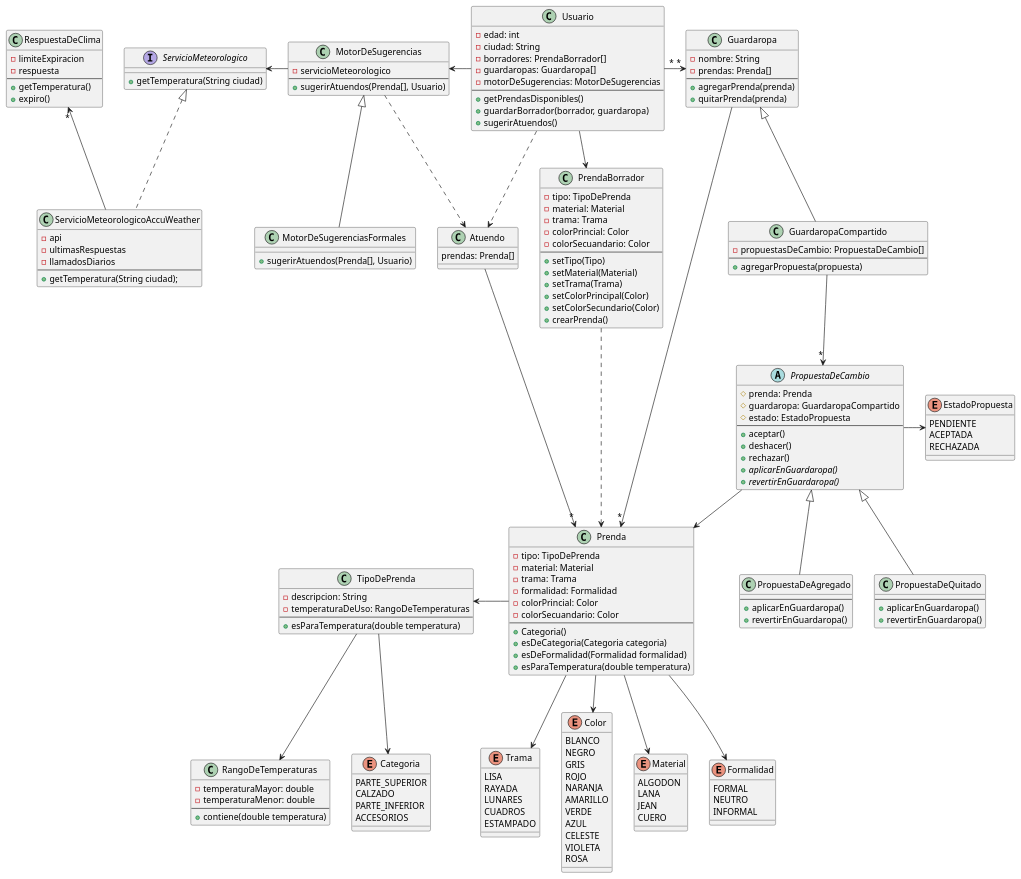
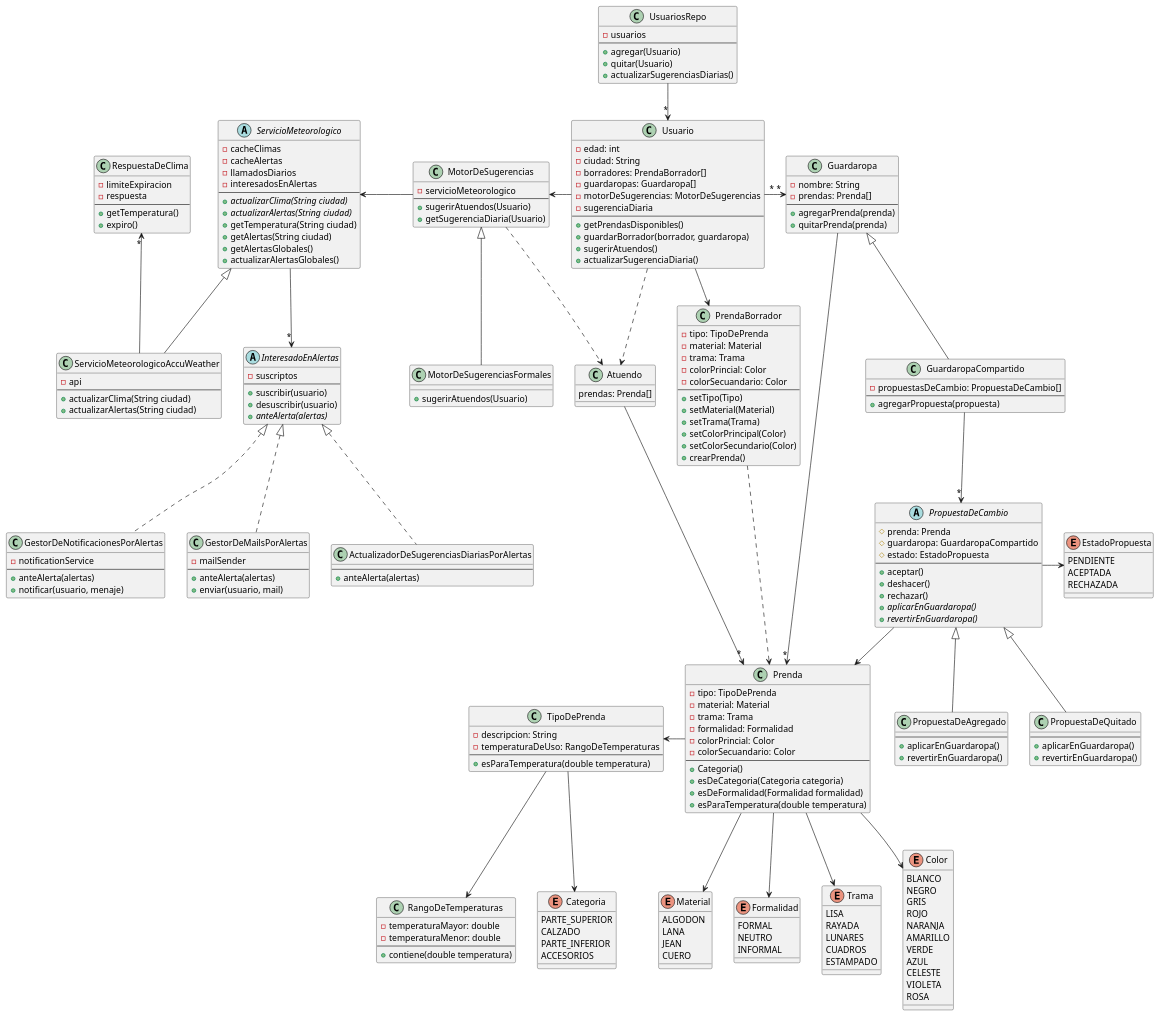
One commit to lrizzitano/tp-que-me-pongo changed the diagram in src/Diagrama-Entidades.puml. Above: the diagram before and after it, drawn with PlantUML. The commit also changed 17 other files, not shown here.

```diff
--- a/src/Diagrama-Entidades.puml
+++ b/src/Diagrama-Entidades.puml
@@ -6,10 +6,12 @@
     - borradores: PrendaBorrador[]
     - guardaropas: Guardaropa[]
     - motorDeSugerencias: MotorDeSugerencias
+    - sugerenciaDiaria
     --
     + getPrendasDisponibles()
     + guardarBorrador(borrador, guardaropa)
     + sugerirAtuendos()
+    + actualizarSugerenciaDiaria()
 }
 
 class Guardaropa {
@@ -93,11 +95,20 @@
 class MotorDeSugerencias {
     - servicioMeteorologico
     --
-    + sugerirAtuendos(Prenda[], Usuario)
+    + sugerirAtuendos(Usuario)
+    + getSugerenciaDiaria(Usuario)
 }
 
 class MotorDeSugerenciasFormales {
-    + sugerirAtuendos(Prenda[], Usuario)
+    + sugerirAtuendos(Usuario)
+}
+
+class UsuariosRepo {
+    - usuarios
+    --
+    + agregar(Usuario)
+    + quitar(Usuario)
+    + actualizarSugerenciasDiarias()
 }
 
 class RangoDeTemperaturas {
@@ -107,16 +118,53 @@
     + contiene(double temperatura)
 }
 
-interface ServicioMeteorologico {
+abstract class ServicioMeteorologico {
+    - cacheClimas
+    - cacheAlertas
+    - llamadosDiarios
+    - interesadosEnAlertas
+    --
+    + {abstract} actualizarClima(String ciudad)
+    + {abstract} actualizarAlertas(String ciudad)
     + getTemperatura(String ciudad)
+    + getAlertas(String ciudad)
+    + getAlertasGlobales()
+    + actualizarAlertasGlobales()
+}
+
+abstract class InteresadoEnAlertas {
+    - suscriptos
+    --
+    + suscribir(usuario)
+    + desuscribir(usuario)
+    + {abstract} anteAlerta(alertas)
+}
+
+class GestorDeNotificacionesPorAlertas {
+    - notificationService
+    --
+    + anteAlerta(alertas)
+    + notificar(usuario, menaje)
+}
+
+class GestorDeMailsPorAlertas {
+    - mailSender
+    --
+    + anteAlerta(alertas)
+    'suscriptores.forEach(u -> if(alertas.get(u.getCiudad()).isNotEmpty()){ this.enviar(u, alertas.get(u.getCiudad()) })
+    + enviar(usuario, mail)
+}
+
+class ActualizadorDeSugerenciasDiariasPorAlertas {
+    --
+    + anteAlerta(alertas)
 }
 
 class ServicioMeteorologicoAccuWeather {
     - api
-    - ultimasRespuestas
-    - llamadosDiarios
     --
-    + getTemperatura(String ciudad);
+    + actualizarClima(String ciudad)
+    + actualizarAlertas(String ciudad)
 }
 
 class RespuestaDeClima {
@@ -178,6 +226,8 @@
 Atuendo -->"*" Prenda
 Atuendo -[hidden]r- PrendaBorrador
 
+UsuariosRepo -->"*" Usuario
+
 Usuario --> PrendaBorrador
 Usuario ..> Atuendo
 Usuario -l-> MotorDeSugerencias
@@ -207,7 +257,15 @@
 
 MotorDeSugerenciasFormales -u-|> MotorDeSugerencias
 
-ServicioMeteorologicoAccuWeather .u.|> ServicioMeteorologico
+ServicioMeteorologico -->"*" InteresadoEnAlertas
+
+ServicioMeteorologicoAccuWeather -u-|> ServicioMeteorologico
 ServicioMeteorologicoAccuWeather -u->"*" RespuestaDeClima
 
+RespuestaDeClima -[hidden]r- ServicioMeteorologico
+
+ActualizadorDeSugerenciasDiariasPorAlertas .u.|> InteresadoEnAlertas
+GestorDeNotificacionesPorAlertas .u.|> InteresadoEnAlertas
+GestorDeMailsPorAlertas .u.|> InteresadoEnAlertas
+
 @enduml
```
